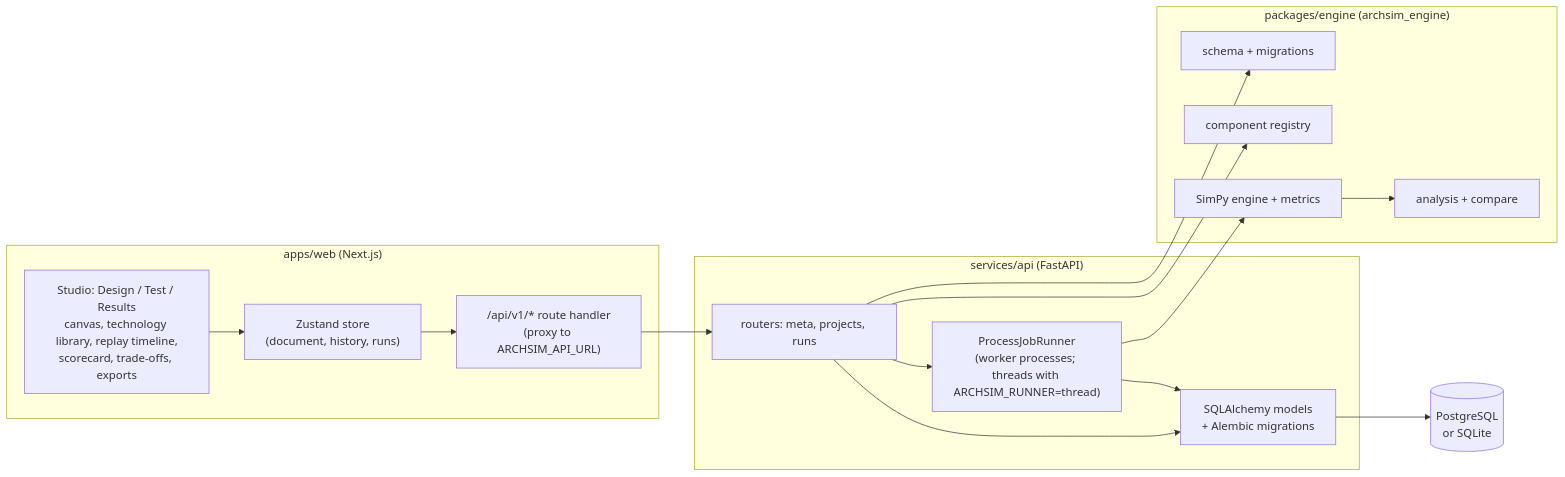
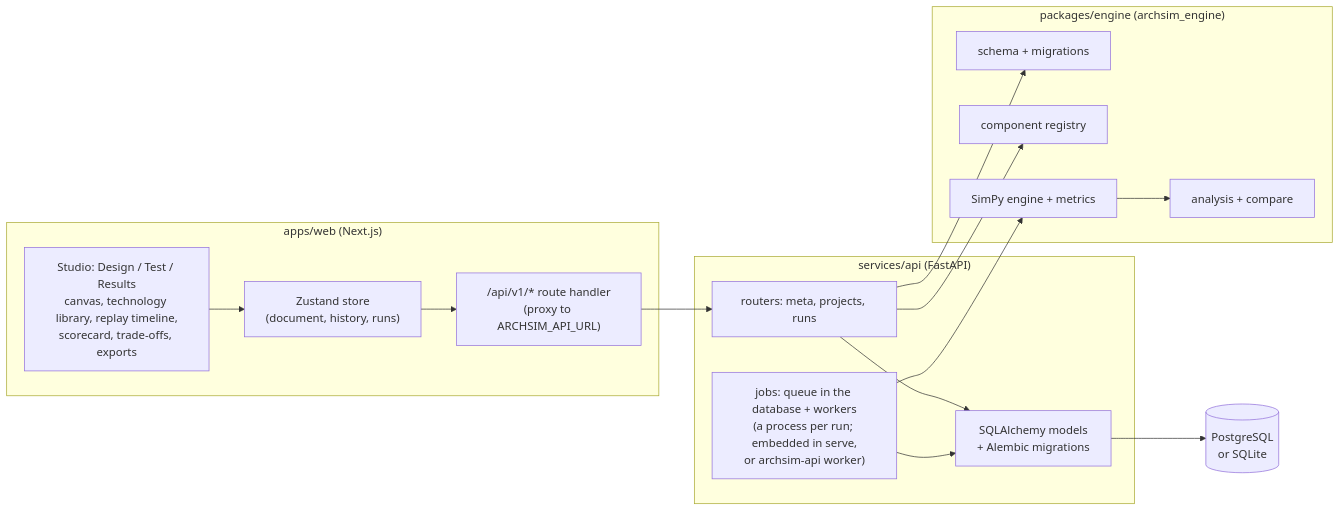
Before and after one commit to dante0747/archsim: the first of 2 diagrams in docs/architecture.md, drawn with Mermaid. The commit also changed other lines of this file and 8 other files, not shown here.

First line of the commit message:
docs: describe the run queue, workers and running several instances

````diff
--- a/docs/architecture.md
+++ b/docs/architecture.md
@@ -6,27 +6,27 @@
 ```mermaid
 flowchart LR
   subgraph web["apps/web (Next.js)"]
     UI["Studio: Design / Test / Results<br/>canvas, technology library, replay timeline,<br/>scorecard, trade-offs, exports"]
     Store["Zustand store<br/>(document, history, runs)"]
     Proxy["/api/v1/* route handler<br/>(proxy to ARCHSIM_API_URL)"]
   end
   subgraph api["services/api (FastAPI)"]
     Routers["routers: meta, projects, runs"]
-    Jobs["ProcessJobRunner<br/>(worker processes; threads with ARCHSIM_RUNNER=thread)"]
+    Jobs["jobs: queue in the database + workers<br/>(a process per run; embedded in serve,<br/>or archsim-api worker)"]
     ORM["SQLAlchemy models<br/>+ Alembic migrations"]
   end
   subgraph engine["packages/engine (archsim_engine)"]
     Schema["schema + migrations"]
     Registry["component registry"]
     Sim["SimPy engine + metrics"]
     Analysis["analysis + compare"]
   end
   DB[("PostgreSQL<br/>or SQLite")]
   UI --> Store --> Proxy --> Routers
-  Routers --> Jobs --> Sim
   Routers --> Schema
   Routers --> Registry
   Routers --> ORM --> DB
   Jobs --> ORM
+  Jobs --> Sim
   Sim --> Analysis
 ```
````
